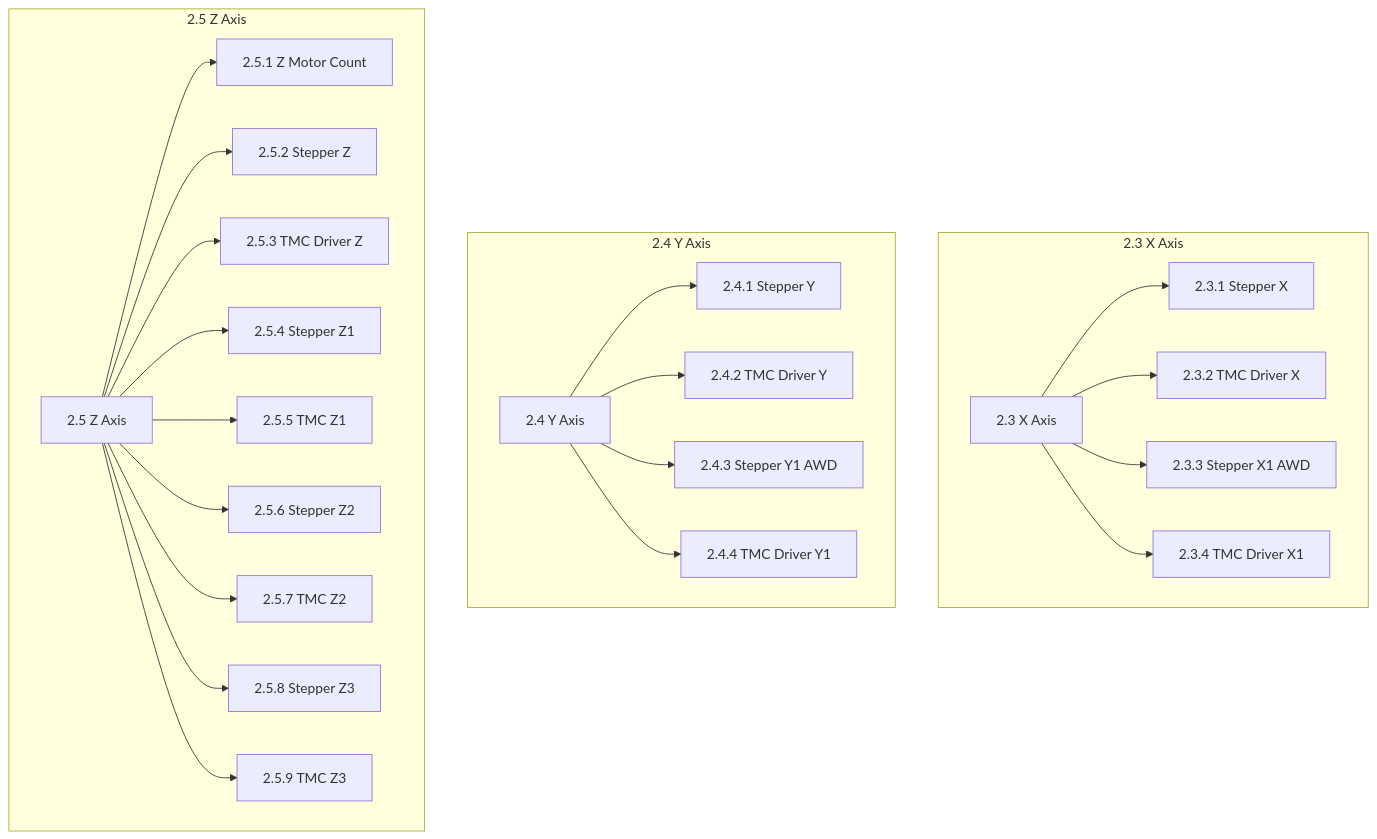
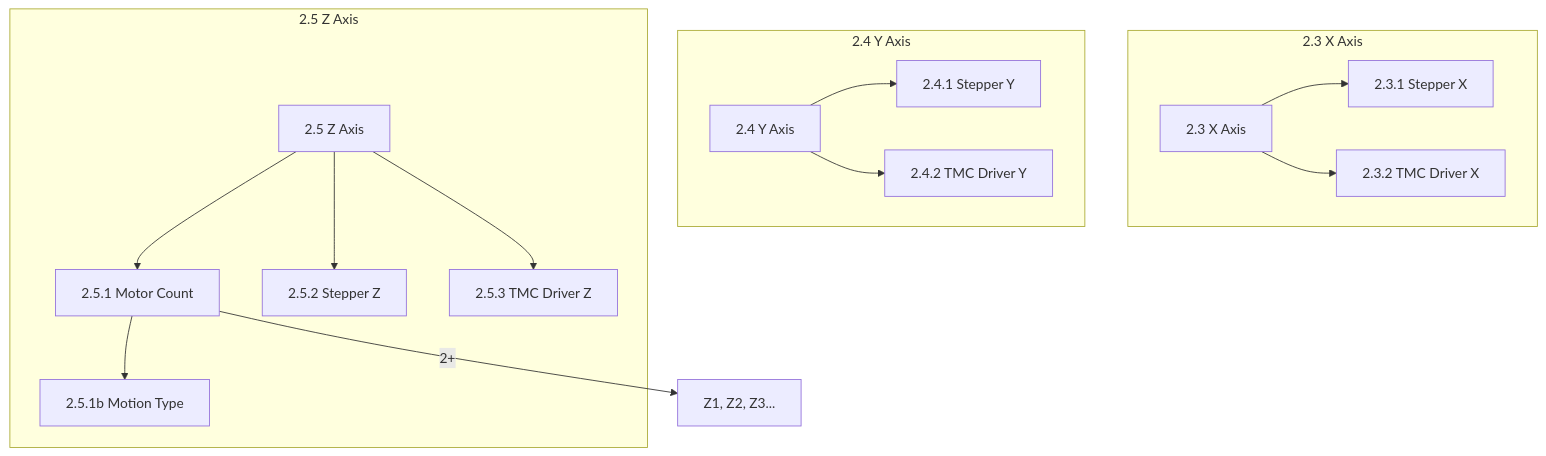
One commit to gueee/gschpoozi changed the third of 6 diagrams in docs/diagrams/wizard-menu-structure.md. Above: the diagram before and after it, drawn with Mermaid. The commit also changed other lines of this file and 1 other file, not shown here.

First line of the commit message:
docs: Add comprehensive wizard structure specification and initial menu schema

````diff
--- a/docs/diagrams/wizard-menu-structure.md
+++ b/docs/diagrams/wizard-menu-structure.md
@@ -543,51 +697,33 @@
 ```mermaid
 flowchart TD
     subgraph xaxis [2.3 X Axis]
-        M2_3["2.3 X Axis"]
-        M2_3_1["2.3.1 Stepper X"]
-        M2_3_2["2.3.2 TMC Driver X"]
-        M2_3_3["2.3.3 Stepper X1 AWD"]
-        M2_3_4["2.3.4 TMC Driver X1"]
+        X["2.3 X Axis"]
+        X_STEP["2.3.1 Stepper X"]
+        X_TMC["2.3.2 TMC Driver X"]
     end
     
     subgraph yaxis [2.4 Y Axis]
-        M2_4["2.4 Y Axis"]
-        M2_4_1["2.4.1 Stepper Y"]
-        M2_4_2["2.4.2 TMC Driver Y"]
-        M2_4_3["2.4.3 Stepper Y1 AWD"]
-        M2_4_4["2.4.4 TMC Driver Y1"]
+        Y["2.4 Y Axis"]
+        Y_STEP["2.4.1 Stepper Y"]
+        Y_TMC["2.4.2 TMC Driver Y"]
     end
     
     subgraph zaxis [2.5 Z Axis]
-        M2_5["2.5 Z Axis"]
-        M2_5_1["2.5.1 Z Motor Count"]
-        M2_5_2["2.5.2 Stepper Z"]
-        M2_5_3["2.5.3 TMC Driver Z"]
-        M2_5_4["2.5.4 Stepper Z1"]
-        M2_5_5["2.5.5 TMC Z1"]
-        M2_5_6["2.5.6 Stepper Z2"]
-        M2_5_7["2.5.7 TMC Z2"]
-        M2_5_8["2.5.8 Stepper Z3"]
-        M2_5_9["2.5.9 TMC Z3"]
+        Z["2.5 Z Axis"]
+        Z_COUNT["2.5.1 Motor Count"]
+        Z_MOTION["2.5.1b Motion Type"]
+        Z_STEP["2.5.2 Stepper Z"]
+        Z_TMC["2.5.3 TMC Driver Z"]
     end
     
-    M2_3 --> M2_3_1
-    M2_3 --> M2_3_2
-    M2_3 --> M2_3_3
-    M2_3 --> M2_3_4
+    X --> X_STEP
+    X --> X_TMC
+    Y --> Y_STEP
+    Y --> Y_TMC
+    Z --> Z_COUNT
+    Z_COUNT --> Z_MOTION
+    Z --> Z_STEP
+    Z --> Z_TMC
     
-    M2_4 --> M2_4_1
-    M2_4 --> M2_4_2
-    M2_4 --> M2_4_3
-    M2_4 --> M2_4_4
-    
-    M2_5 --> M2_5_1
-    M2_5 --> M2_5_2
-    M2_5 --> M2_5_3
-    M2_5 --> M2_5_4
-    M2_5 --> M2_5_5
-    M2_5 --> M2_5_6
-    M2_5 --> M2_5_7
-    M2_5 --> M2_5_8
-    M2_5 --> M2_5_9
+    Z_COUNT -->|"2+"| Z1["Z1, Z2, Z3..."]
 ```
````
